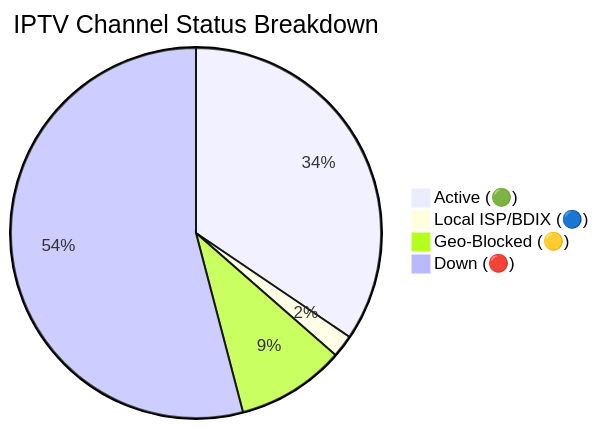
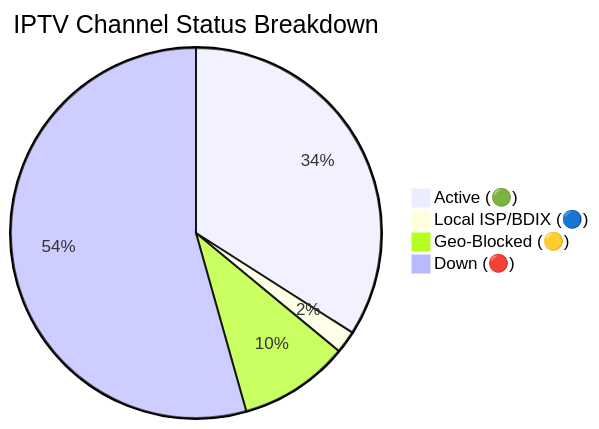
The diagram in README.md (andreataylord/Ip-tv-Collection), drawn with Mermaid before and after one commit. The commit also changed other lines of this file and 1 other file, not shown here.

Commit message:
docs(readme): auto-update daily channel status chart

````diff
--- a/README.md
+++ b/README.md
@@ -59,7 +59,7 @@
 ```mermaid
 pie title IPTV Channel Status Breakdown
-    "Active (🟢)" : 2245
+    "Active (🟢)" : 2216
     "Local ISP/BDIX (🔵)" : 128
-    "Geo-Blocked (🟡)" : 617
-    "Down (🔴)" : 3522
+    "Geo-Blocked (🟡)" : 627
+    "Down (🔴)" : 3541
 ```
````
